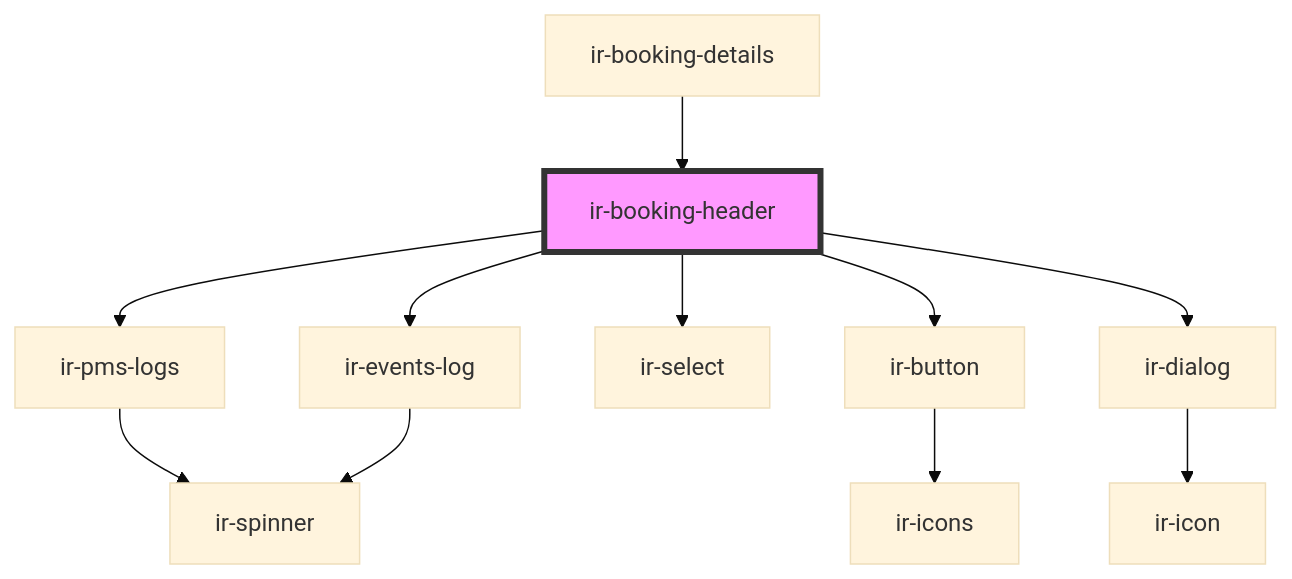
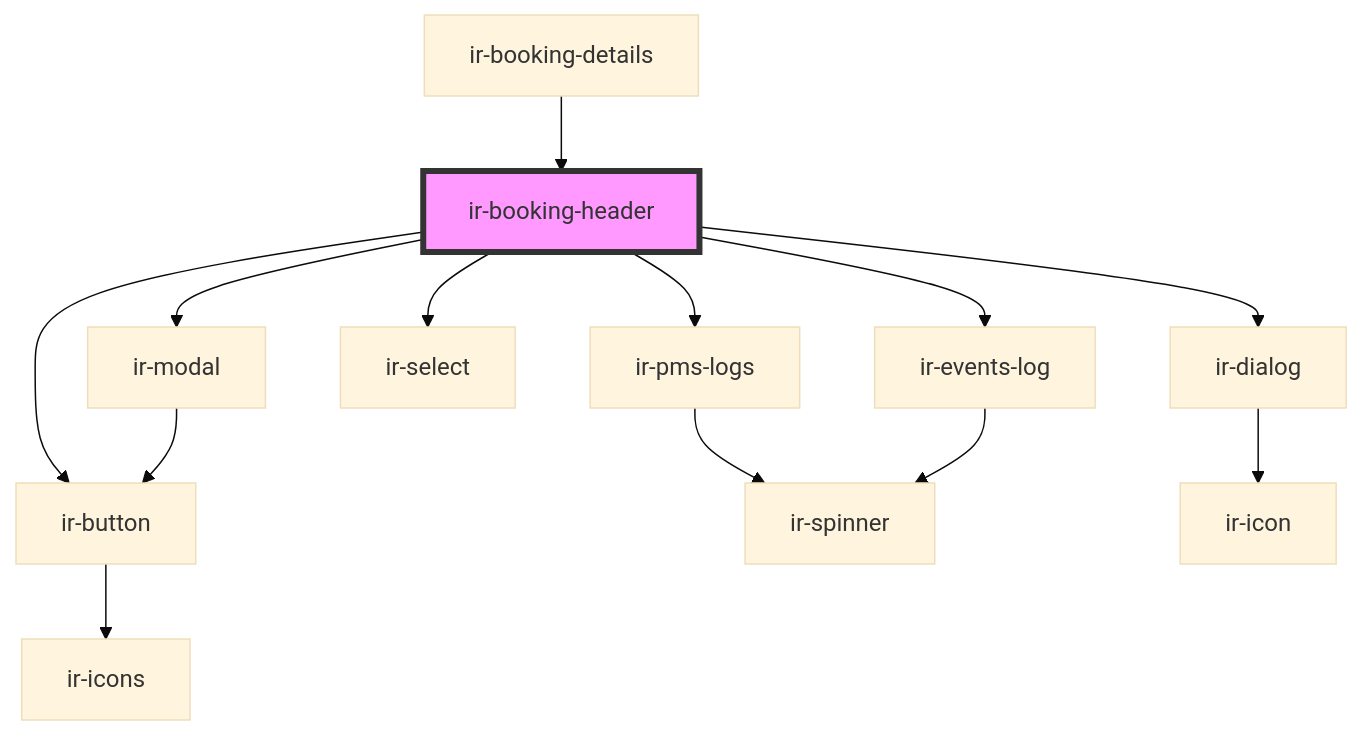
Before and after one commit to RonyRizk/ir-webcmp: the diagram in src/components/ir-booking-details/ir-booking-header/readme.md, drawn with Mermaid (base theme). The commit also changed other lines of this file and 20 other files, not shown here.

````diff
--- a/src/components/ir-booking-details/ir-booking-header/readme.md
+++ b/src/components/ir-booking-details/ir-booking-header/readme.md
@@ -46,14 +47,16 @@
 ```mermaid
 graph TD;
   ir-booking-header --> ir-pms-logs
   ir-booking-header --> ir-events-log
   ir-booking-header --> ir-select
   ir-booking-header --> ir-button
   ir-booking-header --> ir-dialog
+  ir-booking-header --> ir-modal
   ir-pms-logs --> ir-spinner
   ir-events-log --> ir-spinner
   ir-button --> ir-icons
   ir-dialog --> ir-icon
+  ir-modal --> ir-button
   ir-booking-details --> ir-booking-header
   style ir-booking-header fill:#f9f,stroke:#333,stroke-width:4px
 ```
````
